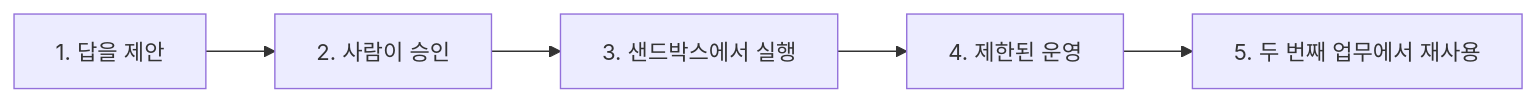
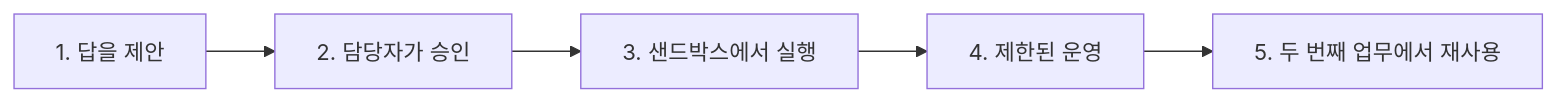
The diagram in projects/README.md (woogi-kang/ax-engineer-roadmap), drawn with Mermaid before and after one commit. The commit also changed other lines of this file and 91 other files, not shown here.

Commit message:
docs: make the roadmap AX Engineer focused

````diff
--- a/projects/README.md
+++ b/projects/README.md
@@ -15,7 +15,7 @@
 ```mermaid
 flowchart LR
-    P1["1. 답을 제안"] --> P2["2. 사람이 승인"]
+    P1["1. 답을 제안"] --> P2["2. 담당자가 승인"]
     P2 --> P3["3. 샌드박스에서 실행"]
     P3 --> P4["4. 제한된 운영"]
     P4 --> P5["5. 두 번째 업무에서 재사용"]
 ```
````
